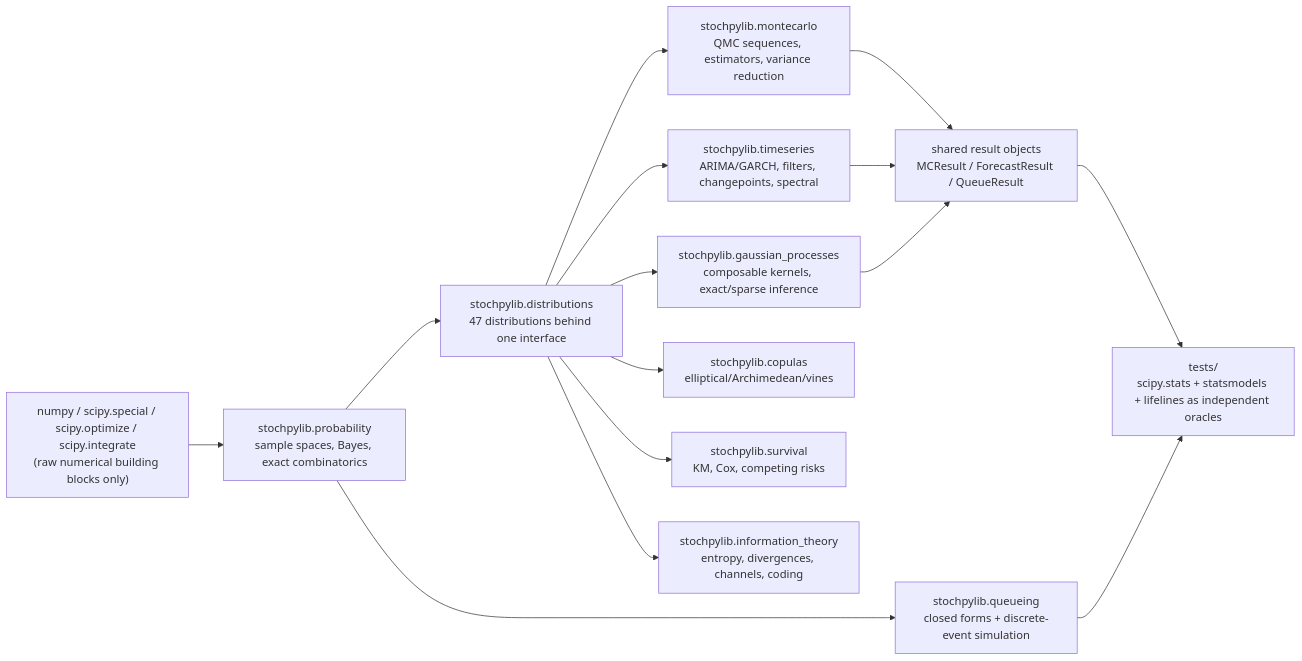
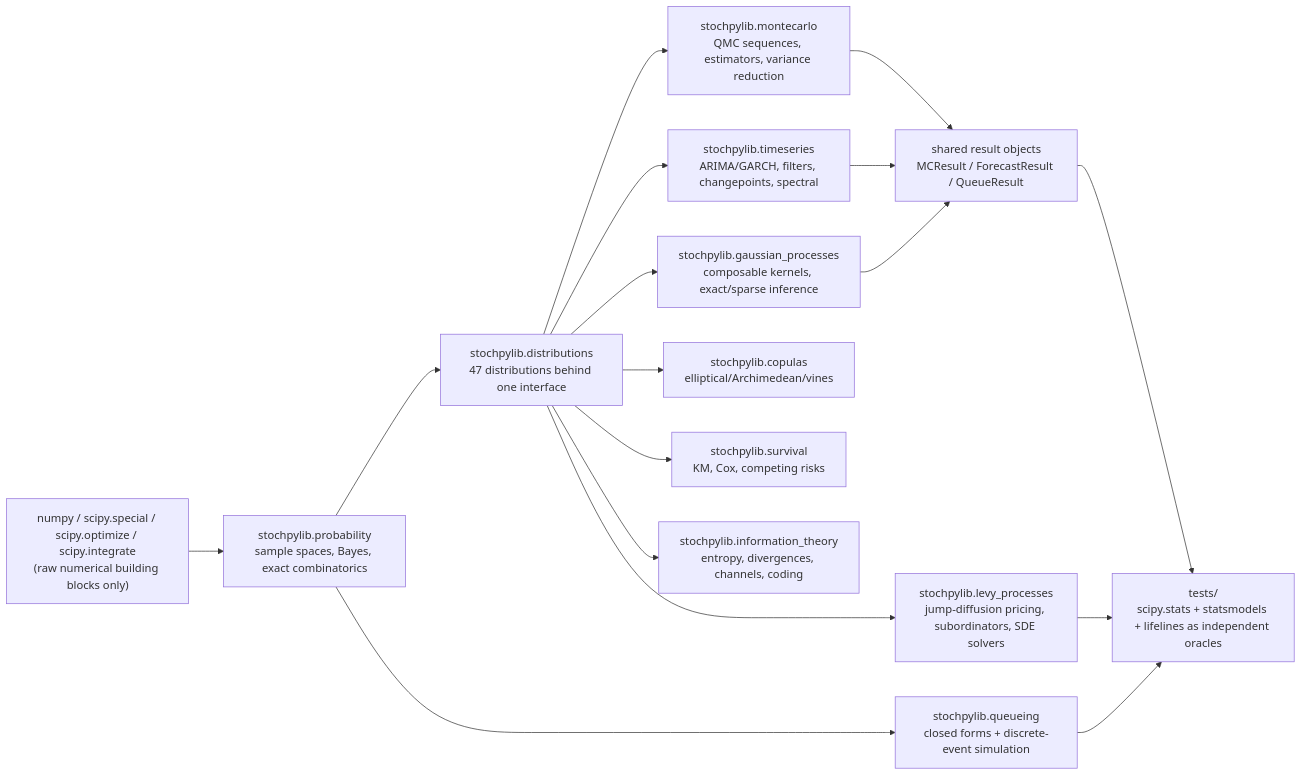
The first of 2 diagrams in README.md (leon1706-lol/Stochpylib), drawn with Mermaid before and after one commit. The commit also changed other lines of this file and 30 other files, not shown here.

````diff
--- a/README.md
+++ b/README.md
@@ -196,17 +198,19 @@
 ```mermaid
 flowchart LR
     A["numpy / scipy.special / scipy.optimize / scipy.integrate<br/>(raw numerical building blocks only)"] --> B["stochpylib.probability<br/>sample spaces, Bayes, exact combinatorics"]
     B --> C["stochpylib.distributions<br/>47 distributions behind one interface"]
     C --> D["stochpylib.montecarlo<br/>QMC sequences, estimators, variance reduction"]
     C --> E["stochpylib.timeseries<br/>ARIMA/GARCH, filters, changepoints, spectral"]
     C --> F["stochpylib.gaussian_processes<br/>composable kernels, exact/sparse inference"]
     C --> G["stochpylib.copulas<br/>elliptical/Archimedean/vines"]
     C --> H["stochpylib.survival<br/>KM, Cox, competing risks"]
     B --> I["stochpylib.queueing<br/>closed forms + discrete-event simulation"]
     C --> J["stochpylib.information_theory<br/>entropy, divergences, channels, coding"]
+    C --> M["stochpylib.levy_processes<br/>jump-diffusion pricing, subordinators, SDE solvers"]
     D --> K["shared result objects<br/>MCResult / ForecastResult / QueueResult"]
     E --> K
     F --> K
     K --> L["tests/<br/>scipy.stats + statsmodels + lifelines as independent oracles"]
     I --> L
+    M --> L
 ```
````
